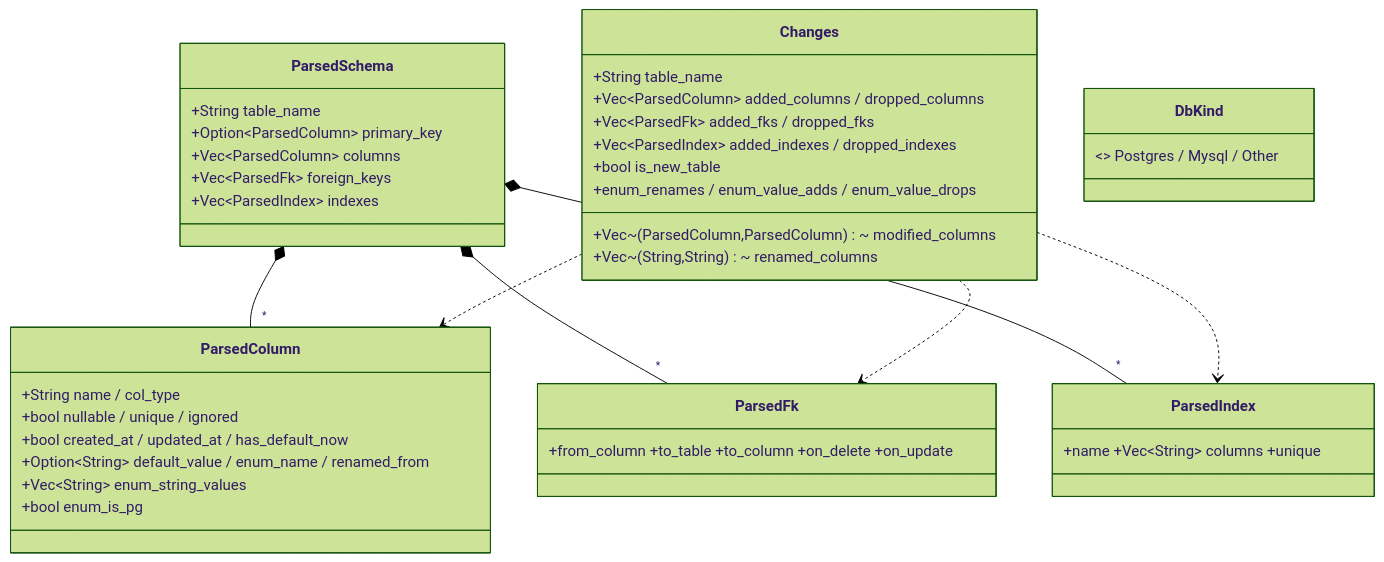
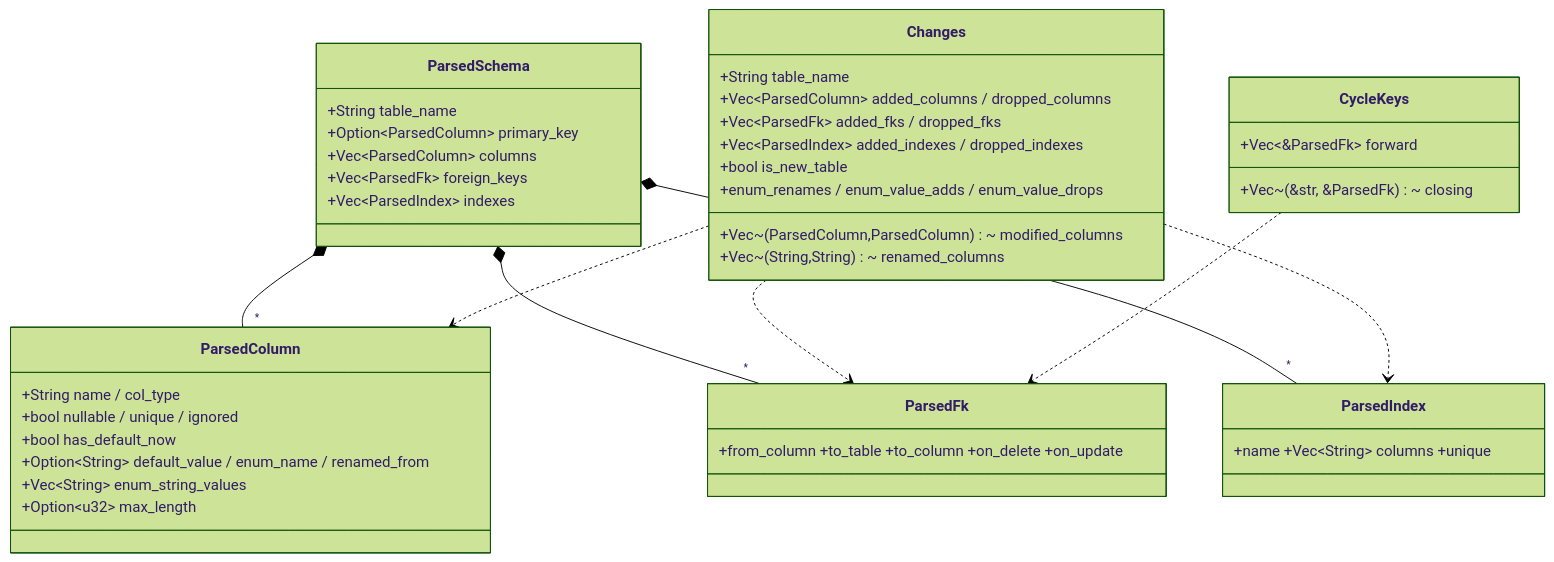
One commit to seb-alliot/runique changed the third of 3 diagrams in diagramme/uml/migration/types-builder-et-parsed.md. Above: the diagram before and after it, drawn with Mermaid (forest theme). The commit also changed other lines of this file and 93 other files, not shown here.

````diff
--- a/diagramme/uml/migration/types-builder-et-parsed.md
+++ b/diagramme/uml/migration/types-builder-et-parsed.md
@@ -57,37 +91,41 @@
 ```mermaid
 classDiagram
     class ParsedSchema {
         +String table_name
         +Option~ParsedColumn~ primary_key
         +Vec~ParsedColumn~ columns
         +Vec~ParsedFk~ foreign_keys
         +Vec~ParsedIndex~ indexes
     }
     class ParsedColumn {
         +String name / col_type
         +bool nullable / unique / ignored
-        +bool created_at / updated_at / has_default_now
+        +bool has_default_now
         +Option~String~ default_value / enum_name / renamed_from
         +Vec~String~ enum_string_values
-        +bool enum_is_pg
+        +Option~u32~ max_length
     }
     class ParsedFk { +from_column +to_table +to_column +on_delete +on_update }
     class ParsedIndex { +name +Vec~String~ columns +unique }
     class Changes {
         +String table_name
         +Vec~ParsedColumn~ added_columns / dropped_columns
         +Vec~(ParsedColumn,ParsedColumn)~ modified_columns
         +Vec~(String,String)~ renamed_columns
         +Vec~ParsedFk~ added_fks / dropped_fks
         +Vec~ParsedIndex~ added_indexes / dropped_indexes
         +bool is_new_table
         +enum_renames / enum_value_adds / enum_value_drops
     }
-    class DbKind { <<enum>> Postgres / Mysql / Other }
+    class CycleKeys {
+        +Vec~&ParsedFk~ forward
+        +Vec~(&str, &ParsedFk)~ closing
+    }
     ParsedSchema *-- "*" ParsedColumn
     ParsedSchema *-- "*" ParsedFk
     ParsedSchema *-- "*" ParsedIndex
     Changes ..> ParsedColumn
     Changes ..> ParsedFk
     Changes ..> ParsedIndex
+    CycleKeys ..> ParsedFk
 ```
````
